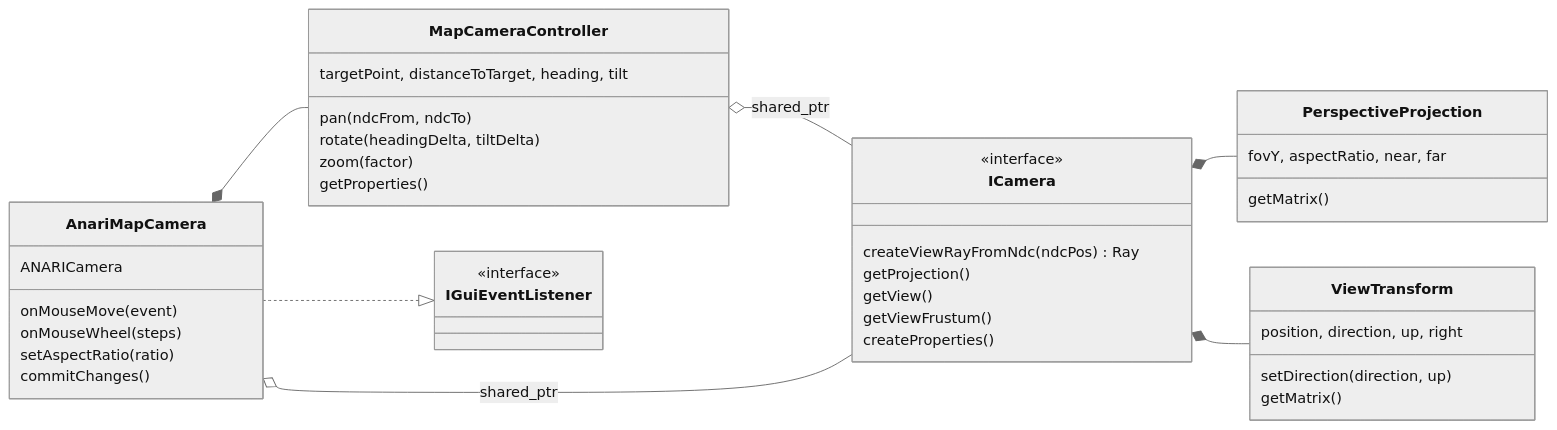
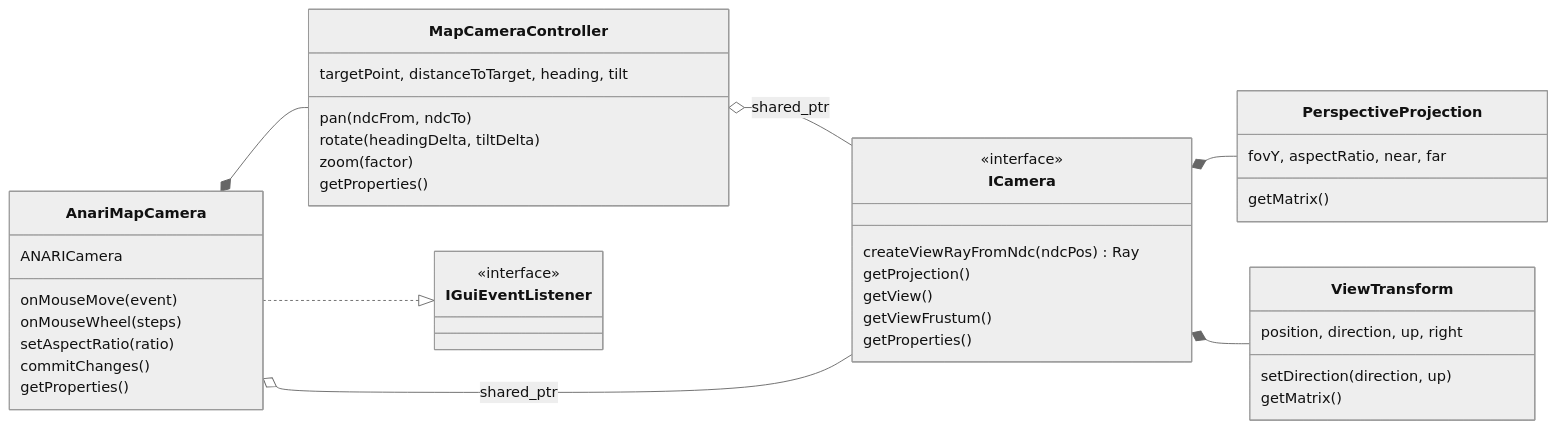
Before and after one commit to lmt-dev-inc/icymoon: the first of 2 diagrams in docs/architecture/camera.md, drawn with Mermaid (neutral theme). The commit also changed other lines of this file and 43 other files, not shown here.

````diff
--- a/docs/architecture/camera.md
+++ b/docs/architecture/camera.md
@@ -35,45 +35,46 @@
 ```mermaid
 classDiagram
     direction LR
     class PerspectiveProjection {
         fovY, aspectRatio, near, far
         getMatrix()
     }
     class ViewTransform {
         position, direction, up, right
         setDirection(direction, up)
         getMatrix()
     }
     class ICamera {
         <<interface>>
         createViewRayFromNdc(ndcPos) Ray
         getProjection()
         getView()
         getViewFrustum()
-        createProperties()
+        getProperties()
     }
     class MapCameraController {
         targetPoint, distanceToTarget, heading, tilt
         pan(ndcFrom, ndcTo)
         rotate(headingDelta, tiltDelta)
         zoom(factor)
         getProperties()
     }
     class AnariMapCamera {
         ANARICamera
         onMouseMove(event)
         onMouseWheel(steps)
         setAspectRatio(ratio)
         commitChanges()
+        getProperties()
     }
     class IGuiEventListener {
         <<interface>>
     }
 
     ICamera *-- PerspectiveProjection
     ICamera *-- ViewTransform
     MapCameraController o-- ICamera : shared_ptr
     AnariMapCamera o-- ICamera : shared_ptr
     AnariMapCamera *-- MapCameraController
     AnariMapCamera ..|> IGuiEventListener
 ```
````
